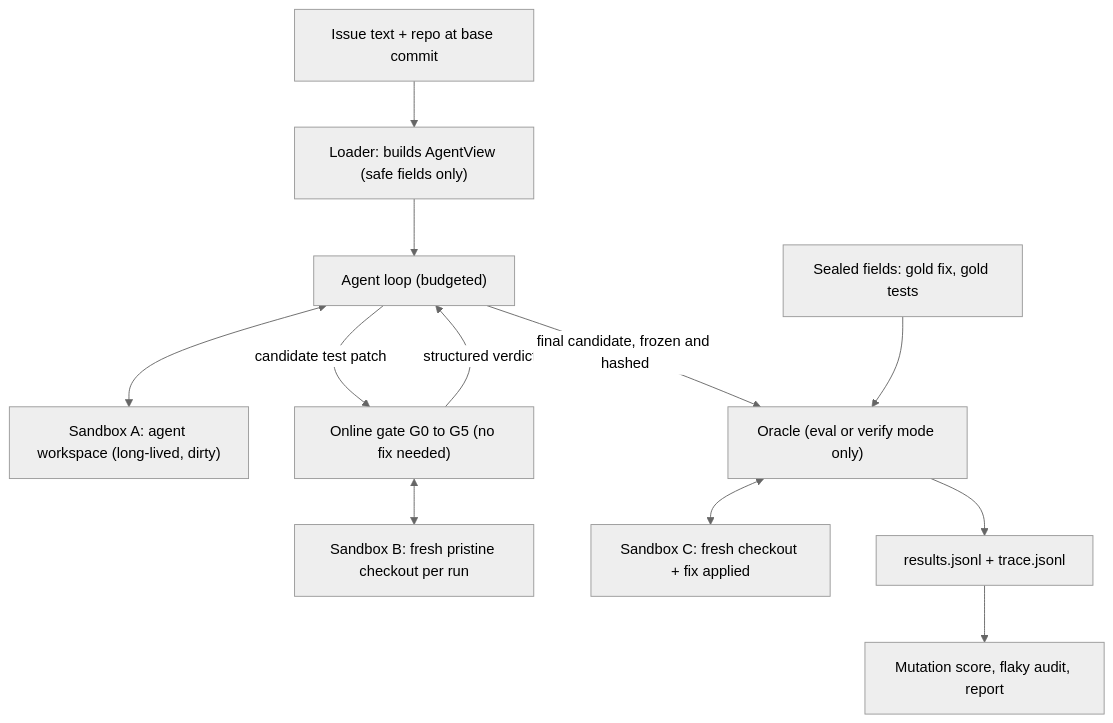
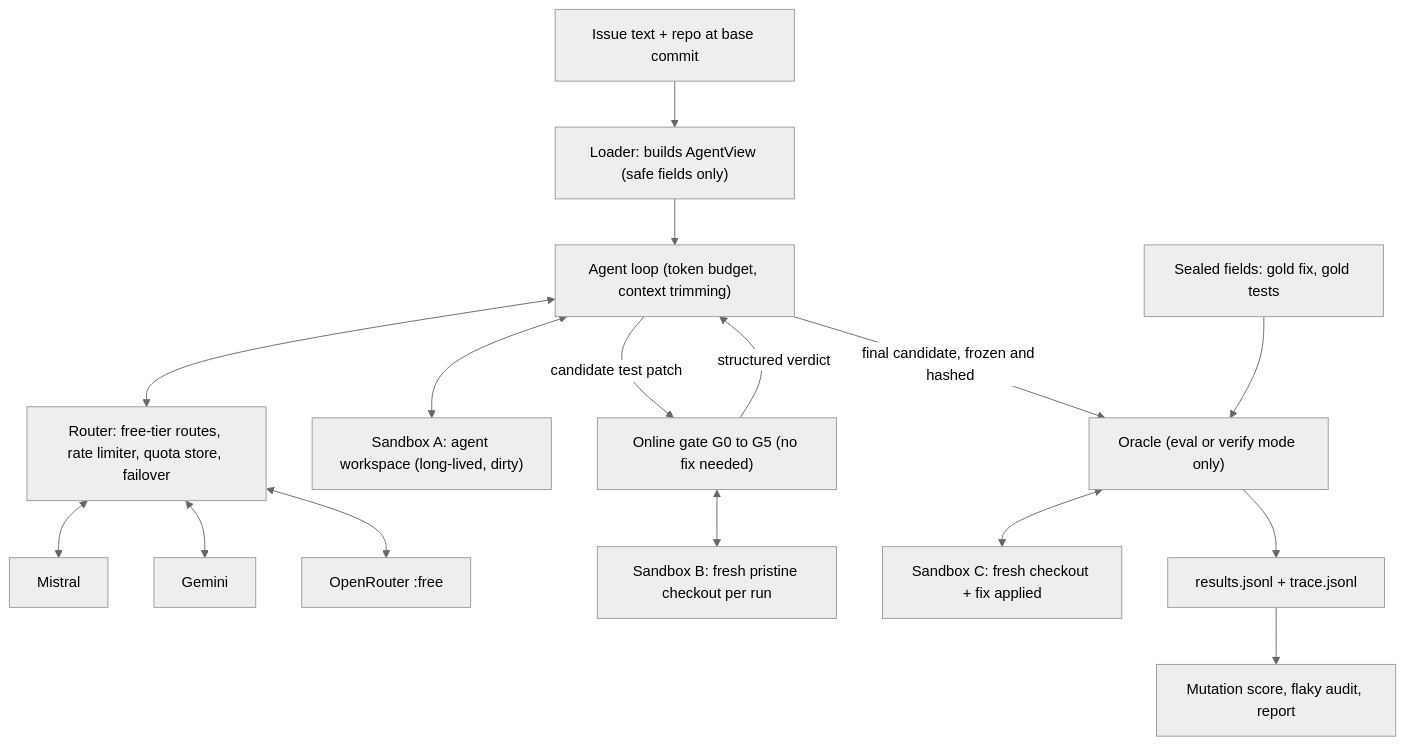
The diagram in DESIGN.md (jsm05/repro), drawn with Mermaid (neutral theme) before and after one commit. The commit also changed other lines of this file and 5 other files, not shown here.

First line of the commit message:
Revise plan for a $0 budget: free-tier LLM router, 50-bug eval, Actions batches

````diff
--- a/DESIGN.md
+++ b/DESIGN.md
@@ -71,14 +81,18 @@
 ```mermaid
 flowchart TD
     I["Issue text + repo at base commit"] --> LD["Loader: builds AgentView (safe fields only)"]
-    LD --> AG["Agent loop (budgeted)"]
+    LD --> AG["Agent loop (token budget, context trimming)"]
+    AG <--> RT["Router: free-tier routes, rate limiter, quota store, failover"]
+    RT <--> P1["Mistral"]
+    RT <--> P2["Gemini"]
+    RT <--> P3["OpenRouter :free"]
     AG <--> WS["Sandbox A: agent workspace (long-lived, dirty)"]
     AG -->|"candidate test patch"| GT["Online gate G0 to G5 (no fix needed)"]
     GT <--> PS["Sandbox B: fresh pristine checkout per run"]
     GT -->|"structured verdict"| AG
     AG -->|"final candidate, frozen and hashed"| OR["Oracle (eval or verify mode only)"]
     SL["Sealed fields: gold fix, gold tests"] --> OR
     OR <--> FS["Sandbox C: fresh checkout + fix applied"]
     OR --> RS["results.jsonl + trace.jsonl"]
     RS --> MT["Mutation score, flaky audit, report"]
 ```
````
